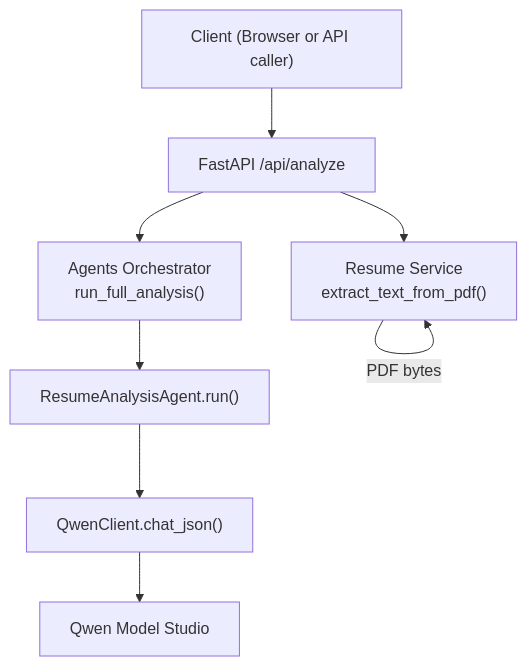
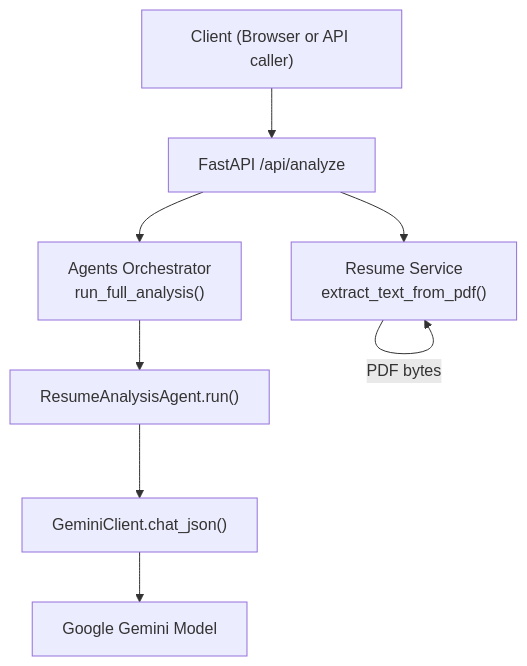
The first of 5 diagrams in .qoder/repowiki/en/content/Multi-Agent System/Resume Analysis Agent.md (waqarimran342/CareerOS-AI), drawn with Mermaid before and after one commit. The commit also changed other lines of this file and 32 other files, not shown here.

````diff
--- a/.qoder/repowiki/en/content/Multi-Agent System/Resume Analysis Agent.md
+++ b/.qoder/repowiki/en/content/Multi-Agent System/Resume Analysis Agent.md
@@ -30,10 +39,10 @@
 ```mermaid
 graph TB
 Client["Client (Browser or API caller)"] --> API["FastAPI /api/analyze"]
 API --> ResumeSvc["Resume Service<br/>extract_text_from_pdf()"]
 API --> Agents["Agents Orchestrator<br/>run_full_analysis()"]
 Agents --> ResumeAgent["ResumeAnalysisAgent.run()"]
-ResumeAgent --> Qwen["QwenClient.chat_json()"]
-Qwen --> LLM["Qwen Model Studio"]
+ResumeAgent --> Gemini["GeminiClient.chat_json()"]
+Gemini --> LLM["Google Gemini Model"]
 ResumeSvc --> |PDF bytes| ResumeSvc
 ```
````
